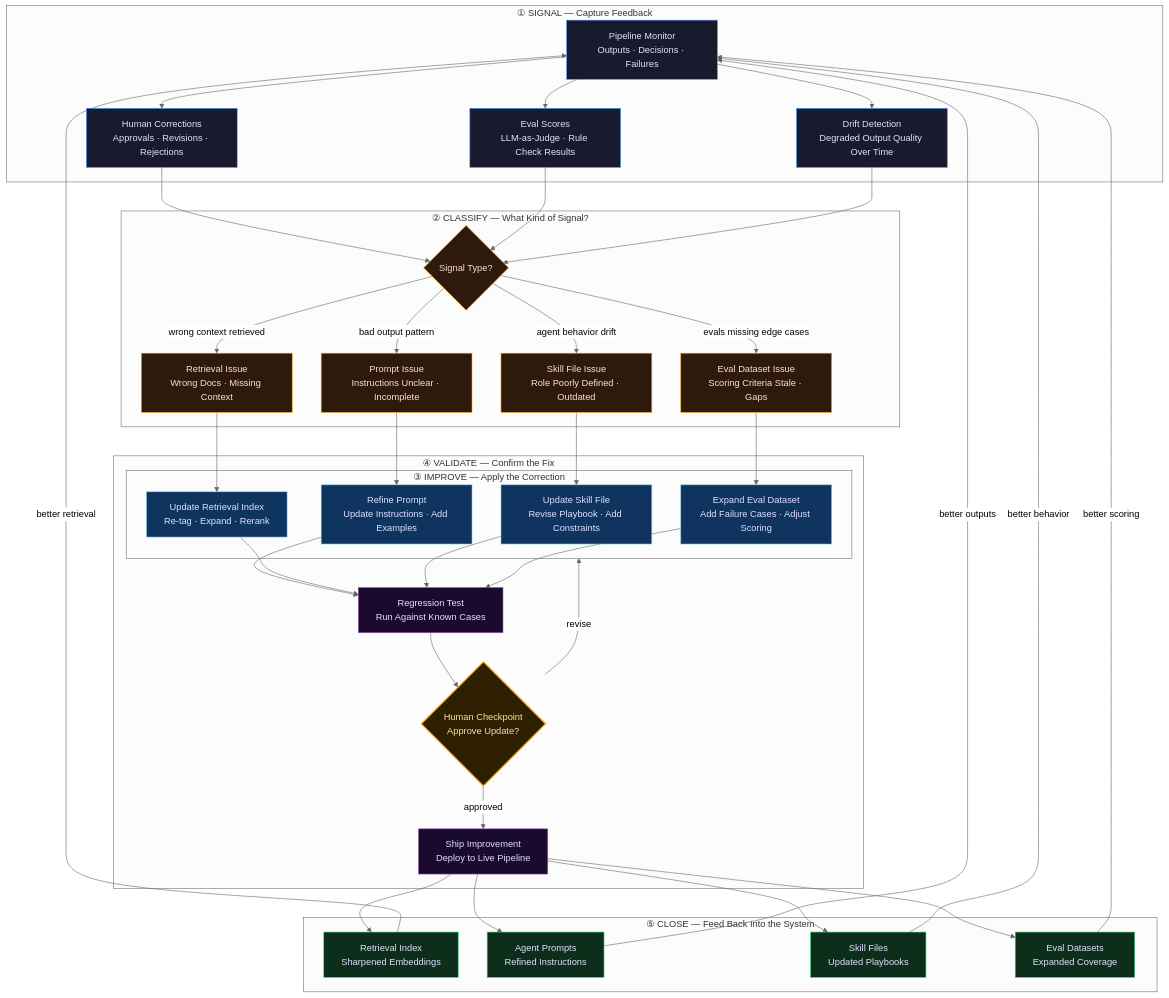
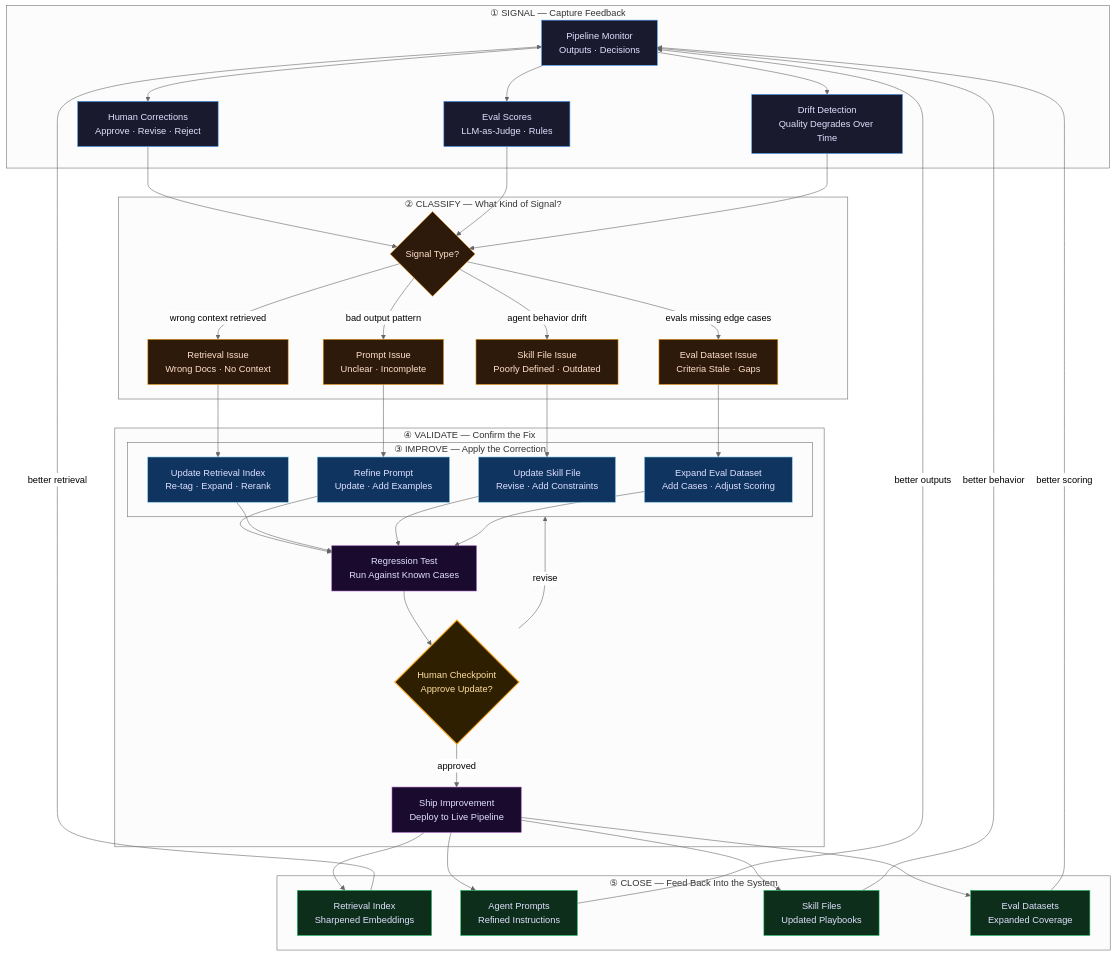
One commit to bryancalabro/bryancalabro changed diagram 11 of 11 in README.md. Above: the diagram before and after it, drawn with Mermaid (neutral theme). The commit also changed other lines of this file and 1 other file, not shown here.

````diff
--- a/README.md
+++ b/README.md
@@ -703,80 +703,80 @@
 ```mermaid
 flowchart TD
     subgraph SIGNAL["① SIGNAL — Capture Feedback"]
-        MON["Pipeline Monitor<br/>Outputs · Decisions · Failures"]
-        HF["Human Corrections<br/>Approvals · Revisions · Rejections"]
-        EVAL["Eval Scores<br/>LLM-as-Judge · Rule Check Results"]
-        DRIFT["Drift Detection<br/>Degraded Output Quality Over Time"]
+        MON["Pipeline Monitor<br/>Outputs · Decisions"]
+        HF["Human Corrections<br/>Approve · Revise · Reject"]
+        EVAL["Eval Scores<br/>LLM-as-Judge · Rules"]
+        DRIFT["Drift Detection<br/>Quality Degrades Over Time"]
         MON --> HF
         MON --> EVAL
         MON --> DRIFT
     end
 
     subgraph CLASSIFY["② CLASSIFY — What Kind of Signal?"]
         RTR{Signal Type?}
         HF --> RTR
         EVAL --> RTR
         DRIFT --> RTR
-        PROMPT["Prompt Issue<br/>Instructions Unclear · Incomplete"]
-        RETRIEVE["Retrieval Issue<br/>Wrong Docs · Missing Context"]
-        SKILL["Skill File Issue<br/>Role Poorly Defined · Outdated"]
-        EVALDS["Eval Dataset Issue<br/>Scoring Criteria Stale · Gaps"]
+        PROMPT["Prompt Issue<br/>Unclear · Incomplete"]
+        RETRIEVE["Retrieval Issue<br/>Wrong Docs · No Context"]
+        SKILL["Skill File Issue<br/>Poorly Defined · Outdated"]
+        EVALDS["Eval Dataset Issue<br/>Criteria Stale · Gaps"]
         RTR -->|bad output pattern| PROMPT
         RTR -->|wrong context retrieved| RETRIEVE
         RTR -->|agent behavior drift| SKILL
         RTR -->|evals missing edge cases| EVALDS
     end
 
     subgraph IMPROVE["③ IMPROVE — Apply the Correction"]
-        UP1["Refine Prompt<br/>Update Instructions · Add Examples"]
+        UP1["Refine Prompt<br/>Update · Add Examples"]
         UP2["Update Retrieval Index<br/>Re-tag · Expand · Rerank"]
-        UP3["Update Skill File<br/>Revise Playbook · Add Constraints"]
-        UP4["Expand Eval Dataset<br/>Add Failure Cases · Adjust Scoring"]
+        UP3["Update Skill File<br/>Revise · Add Constraints"]
+        UP4["Expand Eval Dataset<br/>Add Cases · Adjust Scoring"]
         PROMPT --> UP1
         RETRIEVE --> UP2
         SKILL --> UP3
         EVALDS --> UP4
     end
 
     subgraph VALIDATE["④ VALIDATE — Confirm the Fix"]
         TEST["Regression Test<br/>Run Against Known Cases"]
         HC{"Human Checkpoint<br/>Approve Update?"}
         SHIP["Ship Improvement<br/>Deploy to Live Pipeline"]
         UP1 --> TEST
         UP2 --> TEST
         UP3 --> TEST
         UP4 --> TEST
         TEST --> HC
         HC -->|revise| IMPROVE
         HC -->|approved| SHIP
     end
 
     subgraph CLOSE["⑤ CLOSE — Feed Back Into the System"]
         IDX["Retrieval Index<br/>Sharpened Embeddings"]
         PROMPTS["Agent Prompts<br/>Refined Instructions"]
         SKILLS["Skill Files<br/>Updated Playbooks"]
         EVALS["Eval Datasets<br/>Expanded Coverage"]
         SHIP --> IDX
         SHIP --> PROMPTS
         SHIP --> SKILLS
         SHIP --> EVALS
         IDX -->|better retrieval| MON
         PROMPTS -->|better outputs| MON
         SKILLS -->|better behavior| MON
         EVALS -->|better scoring| MON
     end
 
     classDef signalStyle fill:#1a1a2e,stroke:#4a9eff,color:#e0e0ff
     classDef classifyStyle fill:#2e1a0a,stroke:#f39c12,color:#ffe0cc
     classDef improveStyle fill:#0f3460,stroke:#7ec8e3,color:#e0e0ff
     classDef validateStyle fill:#1a0a2e,stroke:#9b59b6,color:#e0e0ff
     classDef closeStyle fill:#0d2e1a,stroke:#2ecc71,color:#e0e0ff
     classDef humanStyle fill:#2e1f00,stroke:#f5a623,color:#ffe0a0,stroke-width:2px
 
     class MON,HF,EVAL,DRIFT signalStyle
     class RTR,PROMPT,RETRIEVE,SKILL,EVALDS classifyStyle
     class UP1,UP2,UP3,UP4 improveStyle
     class TEST,SHIP validateStyle
     class IDX,PROMPTS,SKILLS,EVALS closeStyle
     class HC humanStyle
 ```
````
